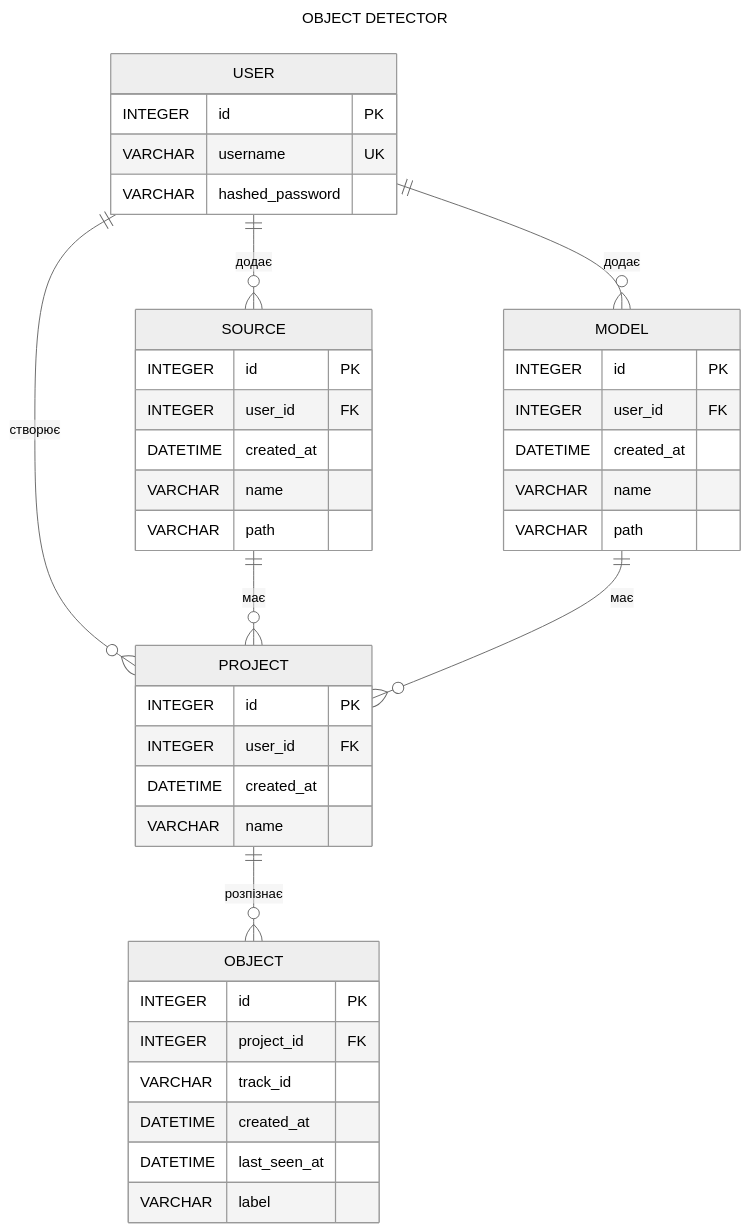
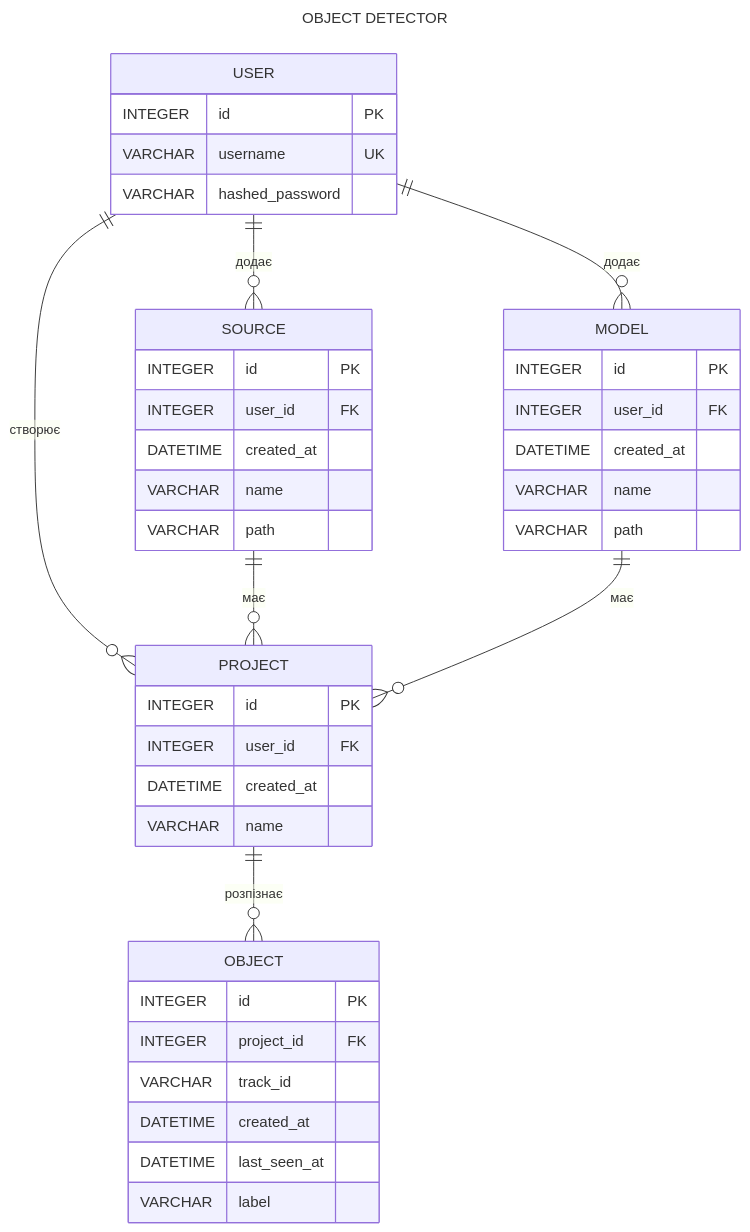
Before and after one commit to ohiliazov/yolov8_api: the third of 3 diagrams in README.md, drawn with Mermaid. The commit also changed other lines of this file and 15 other files, not shown here.

````diff
--- a/README.md
+++ b/README.md
@@ -3,46 +29,45 @@
 ```mermaid
 ---
 title: OBJECT DETECTOR
 ---
-%%{init: {'theme': 'neutral'}}%%
 erDiagram
     USER {
         INTEGER id PK
         VARCHAR username UK
         VARCHAR hashed_password
     }
     SOURCE {
         INTEGER id PK
         INTEGER user_id FK
         DATETIME created_at
         VARCHAR name
         VARCHAR path
     }
     MODEL {
         INTEGER id PK
         INTEGER user_id FK
         DATETIME created_at
         VARCHAR name
         VARCHAR path
     }
     PROJECT {
         INTEGER id PK
         INTEGER user_id FK
         DATETIME created_at
         VARCHAR name
     }
     OBJECT {
         INTEGER id PK
         INTEGER project_id FK
         VARCHAR track_id
         DATETIME created_at
         DATETIME last_seen_at
         VARCHAR label
     }
        USER ||--o{ PROJECT : "створює"
        USER ||--o{ SOURCE  : "додає"
        USER ||--o{ MODEL   : "додає"
      SOURCE ||--o{ PROJECT : "має"
       MODEL ||--o{ PROJECT : "має"
     PROJECT ||--o{ OBJECT  : "розпізнає"
 ```
````
